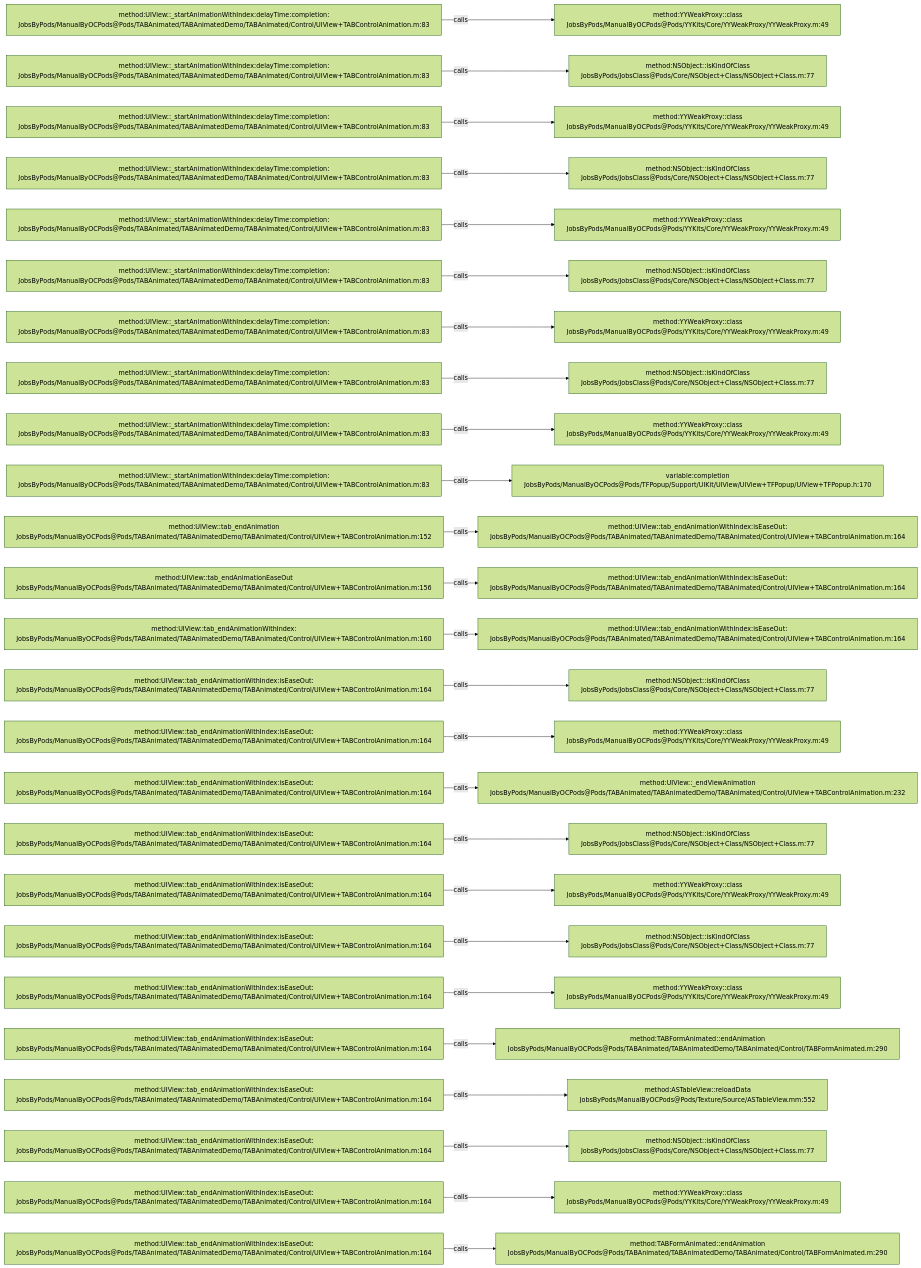
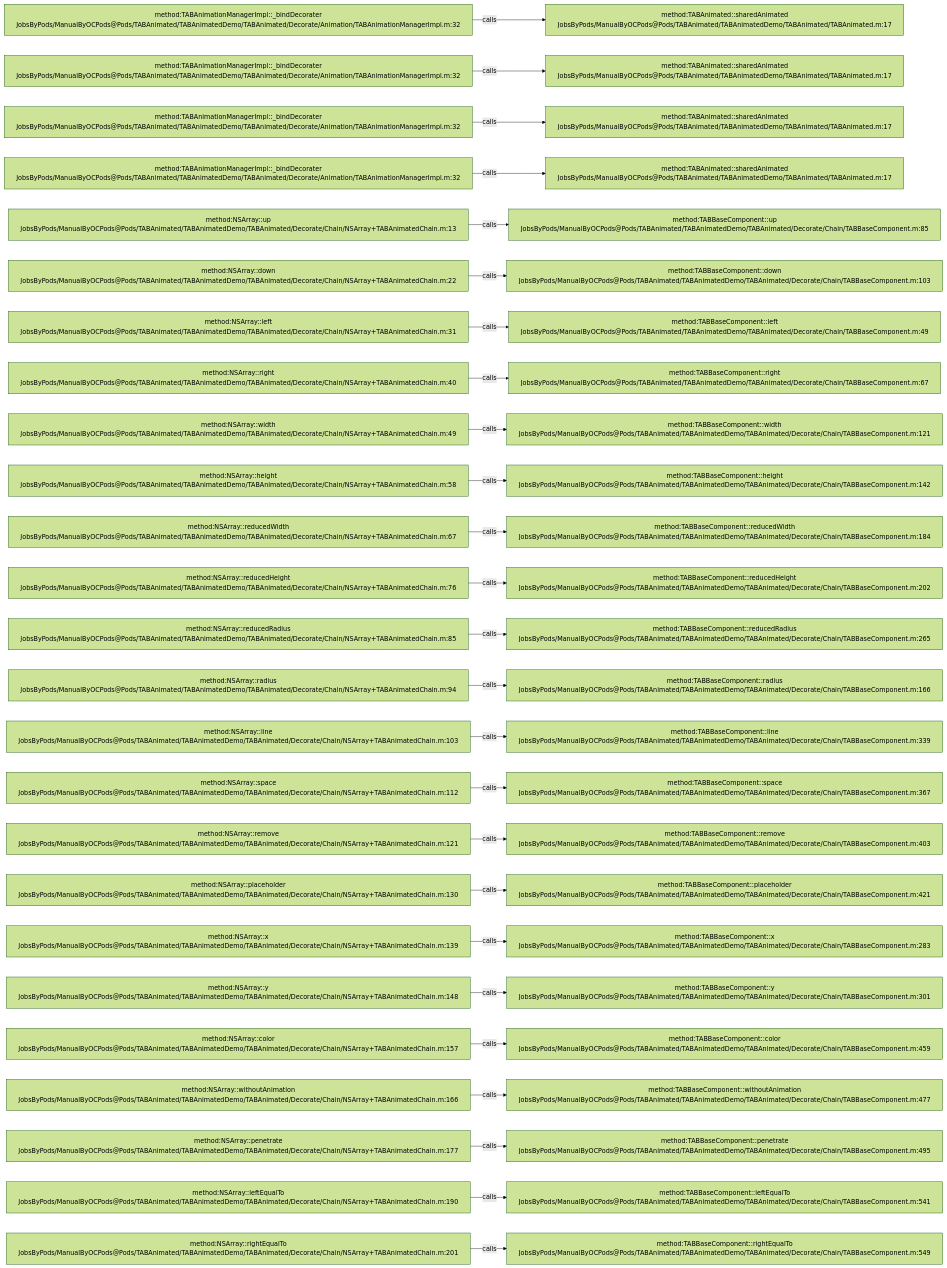
One commit to JobsKits/JobsOCBaseConfigDemo changed the diagram in .codegraph/codegraph.md/graphs/calls-028.md. Above: the diagram before and after it, drawn with Mermaid (forest theme). The commit also changed 1353 other files, not shown here.

````diff
--- a/.codegraph/codegraph.md/graphs/calls-028.md
+++ b/.codegraph/codegraph.md/graphs/calls-028.md
@@ -13,78 +13,78 @@
 ```mermaid
 flowchart LR
-  S1["method:UIView::_startAnimationWithIndex:delayTime:completion:<br/>JobsByPods/ManualByOCPods@Pods/TABAnimated/TABAnimatedDemo/TABAnimated/Control/UIView+TABControlAnimation.m:83"]
-  T1["method:YYWeakProxy::class<br/>JobsByPods/ManualByOCPods@Pods/YYKits/Core/YYWeakProxy/YYWeakProxy.m:49"]
+  S1["method:TABAnimationManagerImpl::_bindDecorater<br/>JobsByPods/ManualByOCPods@Pods/TABAnimated/TABAnimatedDemo/TABAnimated/Decorate/Animation/TABAnimationManagerImpl.m:32"]
+  T1["method:TABAnimated::sharedAnimated<br/>JobsByPods/ManualByOCPods@Pods/TABAnimated/TABAnimatedDemo/TABAnimated/TABAnimated.m:17"]
   S1 -->|calls| T1
-  S2["method:UIView::_startAnimationWithIndex:delayTime:completion:<br/>JobsByPods/ManualByOCPods@Pods/TABAnimated/TABAnimatedDemo/TABAnimated/Control/UIView+TABControlAnimation.m:83"]
-  T2["method:NSObject::isKindOfClass<br/>JobsByPods/JobsClass@Pods/Core/NSObject+Class/NSObject+Class.m:77"]
+  S2["method:TABAnimationManagerImpl::_bindDecorater<br/>JobsByPods/ManualByOCPods@Pods/TABAnimated/TABAnimatedDemo/TABAnimated/Decorate/Animation/TABAnimationManagerImpl.m:32"]
+  T2["method:TABAnimated::sharedAnimated<br/>JobsByPods/ManualByOCPods@Pods/TABAnimated/TABAnimatedDemo/TABAnimated/TABAnimated.m:17"]
   S2 -->|calls| T2
-  S3["method:UIView::_startAnimationWithIndex:delayTime:completion:<br/>JobsByPods/ManualByOCPods@Pods/TABAnimated/TABAnimatedDemo/TABAnimated/Control/UIView+TABControlAnimation.m:83"]
-  T3["method:YYWeakProxy::class<br/>JobsByPods/ManualByOCPods@Pods/YYKits/Core/YYWeakProxy/YYWeakProxy.m:49"]
+  S3["method:TABAnimationManagerImpl::_bindDecorater<br/>JobsByPods/ManualByOCPods@Pods/TABAnimated/TABAnimatedDemo/TABAnimated/Decorate/Animation/TABAnimationManagerImpl.m:32"]
+  T3["method:TABAnimated::sharedAnimated<br/>JobsByPods/ManualByOCPods@Pods/TABAnimated/TABAnimatedDemo/TABAnimated/TABAnimated.m:17"]
   S3 -->|calls| T3
-  S4["method:UIView::_startAnimationWithIndex:delayTime:completion:<br/>JobsByPods/ManualByOCPods@Pods/TABAnimated/TABAnimatedDemo/TABAnimated/Control/UIView+TABControlAnimation.m:83"]
-  T4["method:NSObject::isKindOfClass<br/>JobsByPods/JobsClass@Pods/Core/NSObject+Class/NSObject+Class.m:77"]
+  S4["method:TABAnimationManagerImpl::_bindDecorater<br/>JobsByPods/ManualByOCPods@Pods/TABAnimated/TABAnimatedDemo/TABAnimated/Decorate/Animation/TABAnimationManagerImpl.m:32"]
+  T4["method:TABAnimated::sharedAnimated<br/>JobsByPods/ManualByOCPods@Pods/TABAnimated/TABAnimatedDemo/TABAnimated/TABAnimated.m:17"]
   S4 -->|calls| T4
-  S5["method:UIView::_startAnimationWithIndex:delayTime:completion:<br/>JobsByPods/ManualByOCPods@Pods/TABAnimated/TABAnimatedDemo/TABAnimated/Control/UIView+TABControlAnimation.m:83"]
-  T5["method:YYWeakProxy::class<br/>JobsByPods/ManualByOCPods@Pods/YYKits/Core/YYWeakProxy/YYWeakProxy.m:49"]
+  S5["method:NSArray::up<br/>JobsByPods/ManualByOCPods@Pods/TABAnimated/TABAnimatedDemo/TABAnimated/Decorate/Chain/NSArray+TABAnimatedChain.m:13"]
+  T5["method:TABBaseComponent::up<br/>JobsByPods/ManualByOCPods@Pods/TABAnimated/TABAnimatedDemo/TABAnimated/Decorate/Chain/TABBaseComponent.m:85"]
   S5 -->|calls| T5
-  S6["method:UIView::_startAnimationWithIndex:delayTime:completion:<br/>JobsByPods/ManualByOCPods@Pods/TABAnimated/TABAnimatedDemo/TABAnimated/Control/UIView+TABControlAnimation.m:83"]
-  T6["method:NSObject::isKindOfClass<br/>JobsByPods/JobsClass@Pods/Core/NSObject+Class/NSObject+Class.m:77"]
+  S6["method:NSArray::down<br/>JobsByPods/ManualByOCPods@Pods/TABAnimated/TABAnimatedDemo/TABAnimated/Decorate/Chain/NSArray+TABAnimatedChain.m:22"]
+  T6["method:TABBaseComponent::down<br/>JobsByPods/ManualByOCPods@Pods/TABAnimated/TABAnimatedDemo/TABAnimated/Decorate/Chain/TABBaseComponent.m:103"]
   S6 -->|calls| T6
-  S7["method:UIView::_startAnimationWithIndex:delayTime:completion:<br/>JobsByPods/ManualByOCPods@Pods/TABAnimated/TABAnimatedDemo/TABAnimated/Control/UIView+TABControlAnimation.m:83"]
-  T7["method:YYWeakProxy::class<br/>JobsByPods/ManualByOCPods@Pods/YYKits/Core/YYWeakProxy/YYWeakProxy.m:49"]
+  S7["method:NSArray::left<br/>JobsByPods/ManualByOCPods@Pods/TABAnimated/TABAnimatedDemo/TABAnimated/Decorate/Chain/NSArray+TABAnimatedChain.m:31"]
+  T7["method:TABBaseComponent::left<br/>JobsByPods/ManualByOCPods@Pods/TABAnimated/TABAnimatedDemo/TABAnimated/Decorate/Chain/TABBaseComponent.m:49"]
   S7 -->|calls| T7
-  S8["method:UIView::_startAnimationWithIndex:delayTime:completion:<br/>JobsByPods/ManualByOCPods@Pods/TABAnimated/TABAnimatedDemo/TABAnimated/Control/UIView+TABControlAnimation.m:83"]
-  T8["method:NSObject::isKindOfClass<br/>JobsByPods/JobsClass@Pods/Core/NSObject+Class/NSObject+Class.m:77"]
+  S8["method:NSArray::right<br/>JobsByPods/ManualByOCPods@Pods/TABAnimated/TABAnimatedDemo/TABAnimated/Decorate/Chain/NSArray+TABAnimatedChain.m:40"]
+  T8["method:TABBaseComponent::right<br/>JobsByPods/ManualByOCPods@Pods/TABAnimated/TABAnimatedDemo/TABAnimated/Decorate/Chain/TABBaseComponent.m:67"]
   S8 -->|calls| T8
-  S9["method:UIView::_startAnimationWithIndex:delayTime:completion:<br/>JobsByPods/ManualByOCPods@Pods/TABAnimated/TABAnimatedDemo/TABAnimated/Control/UIView+TABControlAnimation.m:83"]
-  T9["method:YYWeakProxy::class<br/>JobsByPods/ManualByOCPods@Pods/YYKits/Core/YYWeakProxy/YYWeakProxy.m:49"]
+  S9["method:NSArray::width<br/>JobsByPods/ManualByOCPods@Pods/TABAnimated/TABAnimatedDemo/TABAnimated/Decorate/Chain/NSArray+TABAnimatedChain.m:49"]
+  T9["method:TABBaseComponent::width<br/>JobsByPods/ManualByOCPods@Pods/TABAnimated/TABAnimatedDemo/TABAnimated/Decorate/Chain/TABBaseComponent.m:121"]
   S9 -->|calls| T9
-  S10["method:UIView::_startAnimationWithIndex:delayTime:completion:<br/>JobsByPods/ManualByOCPods@Pods/TABAnimated/TABAnimatedDemo/TABAnimated/Control/UIView+TABControlAnimation.m:83"]
-  T10["variable:completion<br/>JobsByPods/ManualByOCPods@Pods/TFPopup/Support/UIKit/UIView/UIView+TFPopup/UIView+TFPopup.h:170"]
+  S10["method:NSArray::height<br/>JobsByPods/ManualByOCPods@Pods/TABAnimated/TABAnimatedDemo/TABAnimated/Decorate/Chain/NSArray+TABAnimatedChain.m:58"]
+  T10["method:TABBaseComponent::height<br/>JobsByPods/ManualByOCPods@Pods/TABAnimated/TABAnimatedDemo/TABAnimated/Decorate/Chain/TABBaseComponent.m:142"]
   S10 -->|calls| T10
-  S11["method:UIView::tab_endAnimation<br/>JobsByPods/ManualByOCPods@Pods/TABAnimated/TABAnimatedDemo/TABAnimated/Control/UIView+TABControlAnimation.m:152"]
-  T11["method:UIView::tab_endAnimationWithIndex:isEaseOut:<br/>JobsByPods/ManualByOCPods@Pods/TABAnimated/TABAnimatedDemo/TABAnimated/Control/UIView+TABControlAnimation.m:164"]
+  S11["method:NSArray::reducedWidth<br/>JobsByPods/ManualByOCPods@Pods/TABAnimated/TABAnimatedDemo/TABAnimated/Decorate/Chain/NSArray+TABAnimatedChain.m:67"]
+  T11["method:TABBaseComponent::reducedWidth<br/>JobsByPods/ManualByOCPods@Pods/TABAnimated/TABAnimatedDemo/TABAnimated/Decorate/Chain/TABBaseComponent.m:184"]
   S11 -->|calls| T11
-  S12["method:UIView::tab_endAnimationEaseOut<br/>JobsByPods/ManualByOCPods@Pods/TABAnimated/TABAnimatedDemo/TABAnimated/Control/UIView+TABControlAnimation.m:156"]
-  T12["method:UIView::tab_endAnimationWithIndex:isEaseOut:<br/>JobsByPods/ManualByOCPods@Pods/TABAnimated/TABAnimatedDemo/TABAnimated/Control/UIView+TABControlAnimation.m:164"]
+  S12["method:NSArray::reducedHeight<br/>JobsByPods/ManualByOCPods@Pods/TABAnimated/TABAnimatedDemo/TABAnimated/Decorate/Chain/NSArray+TABAnimatedChain.m:76"]
+  T12["method:TABBaseComponent::reducedHeight<br/>JobsByPods/ManualByOCPods@Pods/TABAnimated/TABAnimatedDemo/TABAnimated/Decorate/Chain/TABBaseComponent.m:202"]
   S12 -->|calls| T12
-  S13["method:UIView::tab_endAnimationWithIndex:<br/>JobsByPods/ManualByOCPods@Pods/TABAnimated/TABAnimatedDemo/TABAnimated/Control/UIView+TABControlAnimation.m:160"]
-  T13["method:UIView::tab_endAnimationWithIndex:isEaseOut:<br/>JobsByPods/ManualByOCPods@Pods/TABAnimated/TABAnimatedDemo/TABAnimated/Control/UIView+TABControlAnimation.m:164"]
+  S13["method:NSArray::reducedRadius<br/>JobsByPods/ManualByOCPods@Pods/TABAnimated/TABAnimatedDemo/TABAnimated/Decorate/Chain/NSArray+TABAnimatedChain.m:85"]
+  T13["method:TABBaseComponent::reducedRadius<br/>JobsByPods/ManualByOCPods@Pods/TABAnimated/TABAnimatedDemo/TABAnimated/Decorate/Chain/TABBaseComponent.m:265"]
   S13 -->|calls| T13
-  S14["method:UIView::tab_endAnimationWithIndex:isEaseOut:<br/>JobsByPods/ManualByOCPods@Pods/TABAnimated/TABAnimatedDemo/TABAnimated/Control/UIView+TABControlAnimation.m:164"]
-  T14["method:NSObject::isKindOfClass<br/>JobsByPods/JobsClass@Pods/Core/NSObject+Class/NSObject+Class.m:77"]
+  S14["method:NSArray::radius<br/>JobsByPods/ManualByOCPods@Pods/TABAnimated/TABAnimatedDemo/TABAnimated/Decorate/Chain/NSArray+TABAnimatedChain.m:94"]
+  T14["method:TABBaseComponent::radius<br/>JobsByPods/ManualByOCPods@Pods/TABAnimated/TABAnimatedDemo/TABAnimated/Decorate/Chain/TABBaseComponent.m:166"]
   S14 -->|calls| T14
-  S15["method:UIView::tab_endAnimationWithIndex:isEaseOut:<br/>JobsByPods/ManualByOCPods@Pods/TABAnimated/TABAnimatedDemo/TABAnimated/Control/UIView+TABControlAnimation.m:164"]
-  T15["method:YYWeakProxy::class<br/>JobsByPods/ManualByOCPods@Pods/YYKits/Core/YYWeakProxy/YYWeakProxy.m:49"]
+  S15["method:NSArray::line<br/>JobsByPods/ManualByOCPods@Pods/TABAnimated/TABAnimatedDemo/TABAnimated/Decorate/Chain/NSArray+TABAnimatedChain.m:103"]
+  T15["method:TABBaseComponent::line<br/>JobsByPods/ManualByOCPods@Pods/TABAnimated/TABAnimatedDemo/TABAnimated/Decorate/Chain/TABBaseComponent.m:339"]
   S15 -->|calls| T15
-  S16["method:UIView::tab_endAnimationWithIndex:isEaseOut:<br/>JobsByPods/ManualByOCPods@Pods/TABAnimated/TABAnimatedDemo/TABAnimated/Control/UIView+TABControlAnimation.m:164"]
-  T16["method:UIView::_endViewAnimation<br/>JobsByPods/ManualByOCPods@Pods/TABAnimated/TABAnimatedDemo/TABAnimated/Control/UIView+TABControlAnimation.m:232"]
+  S16["method:NSArray::space<br/>JobsByPods/ManualByOCPods@Pods/TABAnimated/TABAnimatedDemo/TABAnimated/Decorate/Chain/NSArray+TABAnimatedChain.m:112"]
+  T16["method:TABBaseComponent::space<br/>JobsByPods/ManualByOCPods@Pods/TABAnimated/TABAnimatedDemo/TABAnimated/Decorate/Chain/TABBaseComponent.m:367"]
   S16 -->|calls| T16
-  S17["method:UIView::tab_endAnimationWithIndex:isEaseOut:<br/>JobsByPods/ManualByOCPods@Pods/TABAnimated/TABAnimatedDemo/TABAnimated/Control/UIView+TABControlAnimation.m:164"]
-  T17["method:NSObject::isKindOfClass<br/>JobsByPods/JobsClass@Pods/Core/NSObject+Class/NSObject+Class.m:77"]
+  S17["method:NSArray::remove<br/>JobsByPods/ManualByOCPods@Pods/TABAnimated/TABAnimatedDemo/TABAnimated/Decorate/Chain/NSArray+TABAnimatedChain.m:121"]
+  T17["method:TABBaseComponent::remove<br/>JobsByPods/ManualByOCPods@Pods/TABAnimated/TABAnimatedDemo/TABAnimated/Decorate/Chain/TABBaseComponent.m:403"]
   S17 -->|calls| T17
-  S18["method:UIView::tab_endAnimationWithIndex:isEaseOut:<br/>JobsByPods/ManualByOCPods@Pods/TABAnimated/TABAnimatedDemo/TABAnimated/Control/UIView+TABControlAnimation.m:164"]
-  T18["method:YYWeakProxy::class<br/>JobsByPods/ManualByOCPods@Pods/YYKits/Core/YYWeakProxy/YYWeakProxy.m:49"]
+  S18["method:NSArray::placeholder<br/>JobsByPods/ManualByOCPods@Pods/TABAnimated/TABAnimatedDemo/TABAnimated/Decorate/Chain/NSArray+TABAnimatedChain.m:130"]
+  T18["method:TABBaseComponent::placeholder<br/>JobsByPods/ManualByOCPods@Pods/TABAnimated/TABAnimatedDemo/TABAnimated/Decorate/Chain/TABBaseComponent.m:421"]
   S18 -->|calls| T18
-  S19["method:UIView::tab_endAnimationWithIndex:isEaseOut:<br/>JobsByPods/ManualByOCPods@Pods/TABAnimated/TABAnimatedDemo/TABAnimated/Control/UIView+TABControlAnimation.m:164"]
-  T19["method:NSObject::isKindOfClass<br/>JobsByPods/JobsClass@Pods/Core/NSObject+Class/NSObject+Class.m:77"]
+  S19["method:NSArray::x<br/>JobsByPods/ManualByOCPods@Pods/TABAnimated/TABAnimatedDemo/TABAnimated/Decorate/Chain/NSArray+TABAnimatedChain.m:139"]
+  T19["method:TABBaseComponent::x<br/>JobsByPods/ManualByOCPods@Pods/TABAnimated/TABAnimatedDemo/TABAnimated/Decorate/Chain/TABBaseComponent.m:283"]
   S19 -->|calls| T19
-  S20["method:UIView::tab_endAnimationWithIndex:isEaseOut:<br/>JobsByPods/ManualByOCPods@Pods/TABAnimated/TABAnimatedDemo/TABAnimated/Control/UIView+TABControlAnimation.m:164"]
-  T20["method:YYWeakProxy::class<br/>JobsByPods/ManualByOCPods@Pods/YYKits/Core/YYWeakProxy/YYWeakProxy.m:49"]
+  S20["method:NSArray::y<br/>JobsByPods/ManualByOCPods@Pods/TABAnimated/TABAnimatedDemo/TABAnimated/Decorate/Chain/NSArray+TABAnimatedChain.m:148"]
+  T20["method:TABBaseComponent::y<br/>JobsByPods/ManualByOCPods@Pods/TABAnimated/TABAnimatedDemo/TABAnimated/Decorate/Chain/TABBaseComponent.m:301"]
   S20 -->|calls| T20
-  S21["method:UIView::tab_endAnimationWithIndex:isEaseOut:<br/>JobsByPods/ManualByOCPods@Pods/TABAnimated/TABAnimatedDemo/TABAnimated/Control/UIView+TABControlAnimation.m:164"]
-  T21["method:TABFormAnimated::endAnimation<br/>JobsByPods/ManualByOCPods@Pods/TABAnimated/TABAnimatedDemo/TABAnimated/Control/TABFormAnimated.m:290"]
+  S21["method:NSArray::color<br/>JobsByPods/ManualByOCPods@Pods/TABAnimated/TABAnimatedDemo/TABAnimated/Decorate/Chain/NSArray+TABAnimatedChain.m:157"]
+  T21["method:TABBaseComponent::color<br/>JobsByPods/ManualByOCPods@Pods/TABAnimated/TABAnimatedDemo/TABAnimated/Decorate/Chain/TABBaseComponent.m:459"]
   S21 -->|calls| T21
-  S22["method:UIView::tab_endAnimationWithIndex:isEaseOut:<br/>JobsByPods/ManualByOCPods@Pods/TABAnimated/TABAnimatedDemo/TABAnimated/Control/UIView+TABControlAnimation.m:164"]
-  T22["method:ASTableView::reloadData<br/>JobsByPods/ManualByOCPods@Pods/Texture/Source/ASTableView.mm:552"]
+  S22["method:NSArray::withoutAnimation<br/>JobsByPods/ManualByOCPods@Pods/TABAnimated/TABAnimatedDemo/TABAnimated/Decorate/Chain/NSArray+TABAnimatedChain.m:166"]
+  T22["method:TABBaseComponent::withoutAnimation<br/>JobsByPods/ManualByOCPods@Pods/TABAnimated/TABAnimatedDemo/TABAnimated/Decorate/Chain/TABBaseComponent.m:477"]
   S22 -->|calls| T22
-  S23["method:UIView::tab_endAnimationWithIndex:isEaseOut:<br/>JobsByPods/ManualByOCPods@Pods/TABAnimated/TABAnimatedDemo/TABAnimated/Control/UIView+TABControlAnimation.m:164"]
-  T23["method:NSObject::isKindOfClass<br/>JobsByPods/JobsClass@Pods/Core/NSObject+Class/NSObject+Class.m:77"]
+  S23["method:NSArray::penetrate<br/>JobsByPods/ManualByOCPods@Pods/TABAnimated/TABAnimatedDemo/TABAnimated/Decorate/Chain/NSArray+TABAnimatedChain.m:177"]
+  T23["method:TABBaseComponent::penetrate<br/>JobsByPods/ManualByOCPods@Pods/TABAnimated/TABAnimatedDemo/TABAnimated/Decorate/Chain/TABBaseComponent.m:495"]
   S23 -->|calls| T23
-  S24["method:UIView::tab_endAnimationWithIndex:isEaseOut:<br/>JobsByPods/ManualByOCPods@Pods/TABAnimated/TABAnimatedDemo/TABAnimated/Control/UIView+TABControlAnimation.m:164"]
-  T24["method:YYWeakProxy::class<br/>JobsByPods/ManualByOCPods@Pods/YYKits/Core/YYWeakProxy/YYWeakProxy.m:49"]
+  S24["method:NSArray::leftEqualTo<br/>JobsByPods/ManualByOCPods@Pods/TABAnimated/TABAnimatedDemo/TABAnimated/Decorate/Chain/NSArray+TABAnimatedChain.m:190"]
+  T24["method:TABBaseComponent::leftEqualTo<br/>JobsByPods/ManualByOCPods@Pods/TABAnimated/TABAnimatedDemo/TABAnimated/Decorate/Chain/TABBaseComponent.m:541"]
   S24 -->|calls| T24
-  S25["method:UIView::tab_endAnimationWithIndex:isEaseOut:<br/>JobsByPods/ManualByOCPods@Pods/TABAnimated/TABAnimatedDemo/TABAnimated/Control/UIView+TABControlAnimation.m:164"]
-  T25["method:TABFormAnimated::endAnimation<br/>JobsByPods/ManualByOCPods@Pods/TABAnimated/TABAnimatedDemo/TABAnimated/Control/TABFormAnimated.m:290"]
+  S25["method:NSArray::rightEqualTo<br/>JobsByPods/ManualByOCPods@Pods/TABAnimated/TABAnimatedDemo/TABAnimated/Decorate/Chain/NSArray+TABAnimatedChain.m:201"]
+  T25["method:TABBaseComponent::rightEqualTo<br/>JobsByPods/ManualByOCPods@Pods/TABAnimated/TABAnimatedDemo/TABAnimated/Decorate/Chain/TABBaseComponent.m:549"]
   S25 -->|calls| T25
 ```
````
